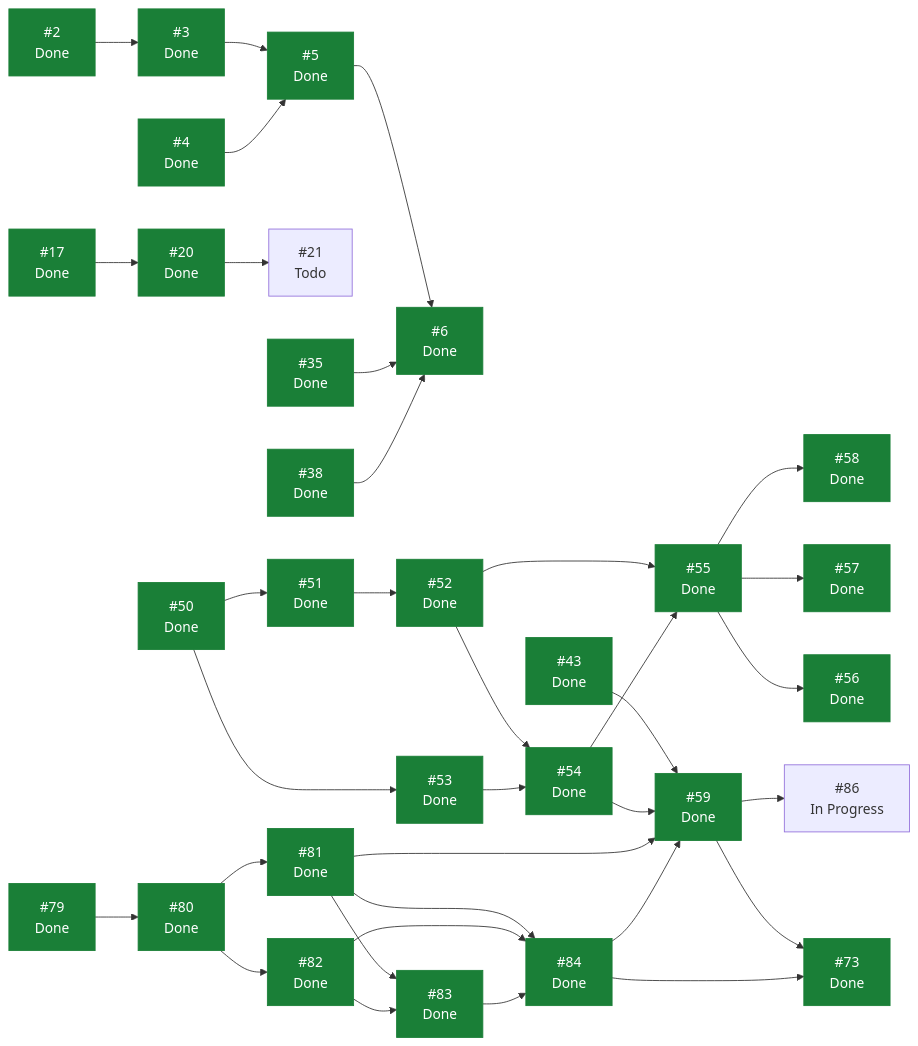
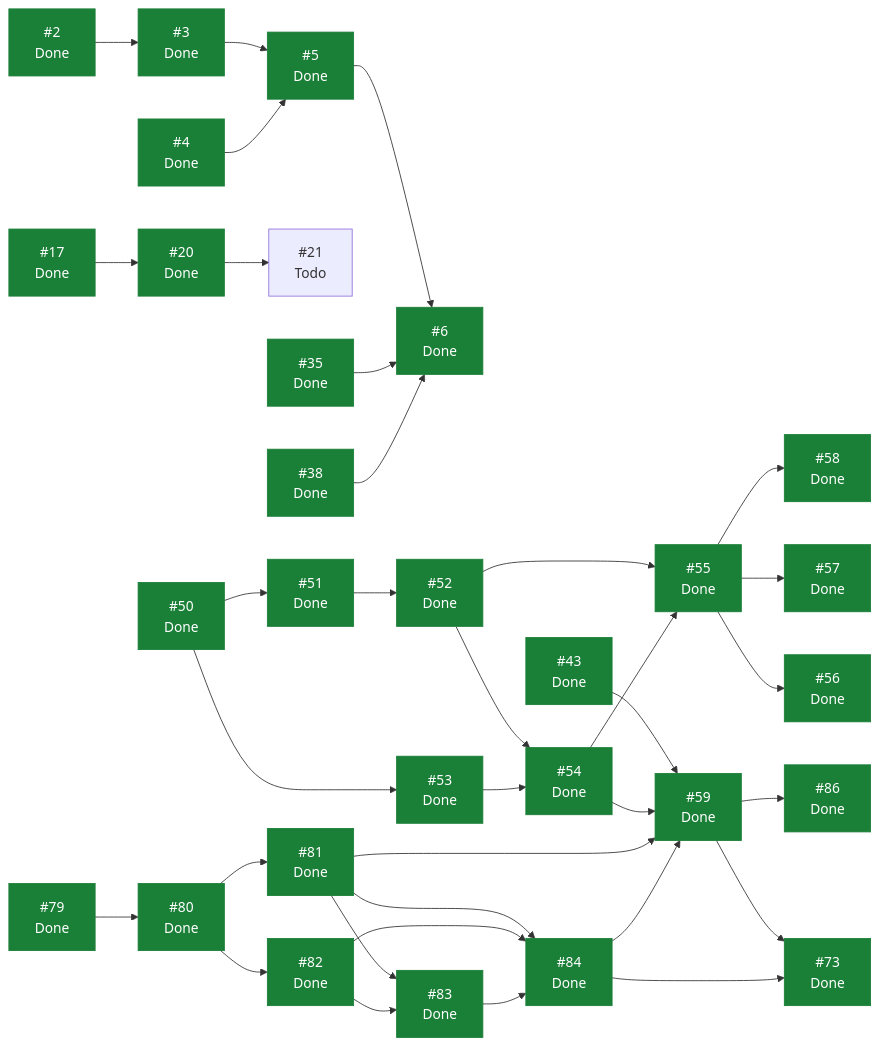
One commit to ecamp0s/evault changed the diagram in docs/planning/STATUS.md. Above: the diagram before and after it, drawn with Mermaid. The commit also changed other lines of this file and 6 other files, not shown here.

````diff
--- a/docs/planning/STATUS.md
+++ b/docs/planning/STATUS.md
@@ -101,67 +102,67 @@
 ```mermaid
 graph LR
   I2["#2<br/>Done"]
   I3["#3<br/>Done"]
   I4["#4<br/>Done"]
   I5["#5<br/>Done"]
   I6["#6<br/>Done"]
   I17["#17<br/>Done"]
   I20["#20<br/>Done"]
   I21["#21<br/>Todo"]
   I35["#35<br/>Done"]
   I38["#38<br/>Done"]
   I43["#43<br/>Done"]
   I50["#50<br/>Done"]
   I51["#51<br/>Done"]
   I52["#52<br/>Done"]
   I53["#53<br/>Done"]
   I54["#54<br/>Done"]
   I55["#55<br/>Done"]
   I56["#56<br/>Done"]
   I57["#57<br/>Done"]
   I58["#58<br/>Done"]
   I59["#59<br/>Done"]
   I73["#73<br/>Done"]
   I79["#79<br/>Done"]
   I80["#80<br/>Done"]
   I81["#81<br/>Done"]
   I82["#82<br/>Done"]
   I83["#83<br/>Done"]
   I84["#84<br/>Done"]
-  I86["#86<br/>In Progress"]
+  I86["#86<br/>Done"]
   I2 --> I3
   I3 --> I5
   I4 --> I5
   I5 --> I6
   I17 --> I20
   I20 --> I21
   I35 --> I6
   I38 --> I6
   I43 --> I59
   I50 --> I51
   I50 --> I53
   I51 --> I52
   I52 --> I54
   I52 --> I55
   I53 --> I54
   I54 --> I55
   I54 --> I59
   I55 --> I56
   I55 --> I57
   I55 --> I58
   I59 --> I73
   I59 --> I86
   I79 --> I80
   I80 --> I81
   I80 --> I82
   I81 --> I59
   I81 --> I83
   I81 --> I84
   I82 --> I83
   I82 --> I84
   I83 --> I84
   I84 --> I59
   I84 --> I73
   classDef hecho fill:#1a7f37,stroke:#1a7f37,color:#fff;
-  class I2,I3,I4,I5,I6,I17,I20,I35,I38,I43,I50,I51,I52,I53,I54,I55,I56,I57,I58,I59,I73,I79,I80,I81,I82,I83,I84 hecho;
+  class I2,I3,I4,I5,I6,I17,I20,I35,I38,I43,I50,I51,I52,I53,I54,I55,I56,I57,I58,I59,I73,I79,I80,I81,I82,I83,I84,I86 hecho;
 ```
````
